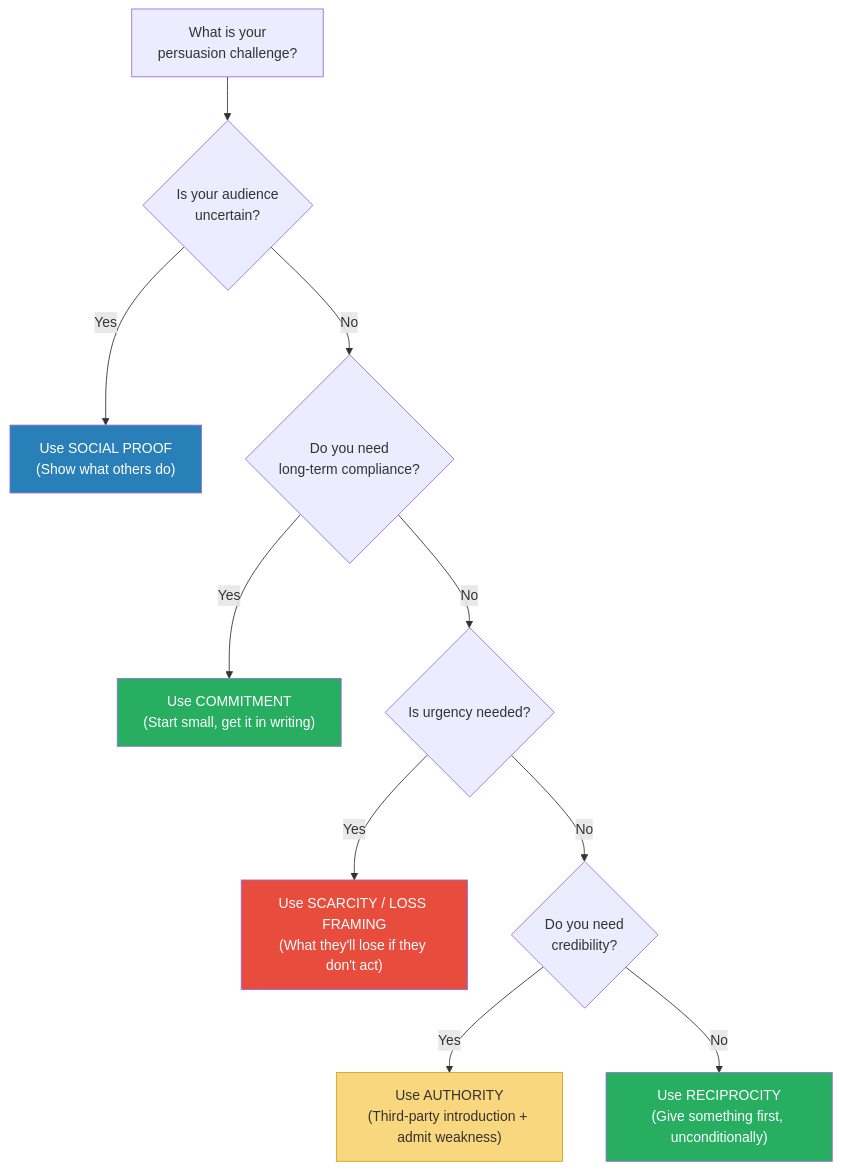
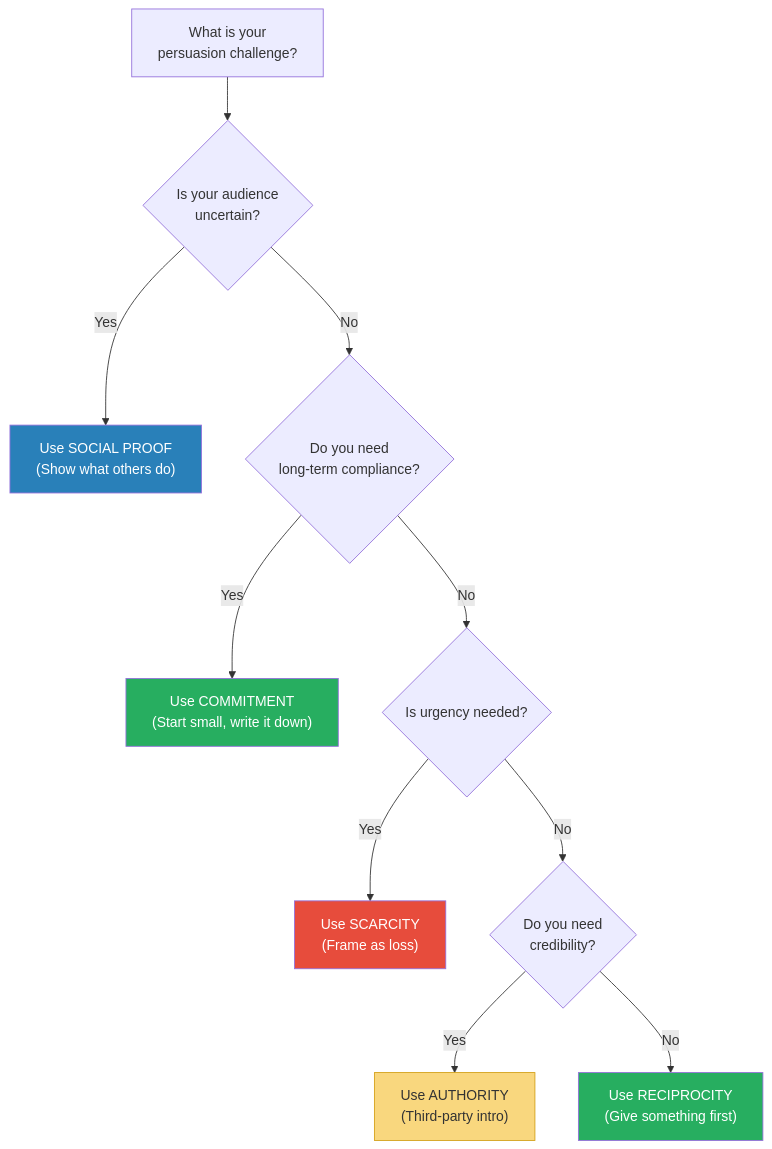
Before and after one commit to alius33/reader: the tenth of 10 diagrams in summaries/Power & Influence/Yes! 50 Scientifically Proven Ways - Goldstein, Martin & Cialdini.md, drawn with Mermaid. The commit also changed other lines of this file and 272 other files, not shown here.

````diff
--- a/summaries/Power & Influence/Yes! 50 Scientifically Proven Ways - Goldstein, Martin & Cialdini.md
+++ b/summaries/Power & Influence/Yes! 50 Scientifically Proven Ways - Goldstein, Martin & Cialdini.md
@@ -753,17 +2316,17 @@
 ```mermaid
 flowchart TD
-    A["What is your\npersuasion challenge?"] --> B{"Is your audience\nuncertain?"}
-    B -->|Yes| C["Use SOCIAL PROOF\n(Show what others do)"]
-    B -->|No| D{"Do you need\nlong-term compliance?"}
-    D -->|Yes| E["Use COMMITMENT\n(Start small, get it in writing)"]
+    A["What is your<br>persuasion challenge?"] --> B{"Is your audience<br>uncertain?"}
+    B -->|Yes| C["Use SOCIAL PROOF<br>(Show what others do)"]
+    B -->|No| D{"Do you need<br>long-term compliance?"}
+    D -->|Yes| E["Use COMMITMENT<br>(Start small, write it down)"]
     D -->|No| F{"Is urgency needed?"}
-    F -->|Yes| G["Use SCARCITY / LOSS FRAMING\n(What they'll lose if they don't act)"]
-    F -->|No| H{"Do you need\ncredibility?"}
-    H -->|Yes| I["Use AUTHORITY\n(Third-party introduction + admit weakness)"]
-    H -->|No| J["Use RECIPROCITY\n(Give something first, unconditionally)"]
+    F -->|Yes| G["Use SCARCITY<br>(Frame as loss)"]
+    F -->|No| H{"Do you need<br>credibility?"}
+    H -->|Yes| I["Use AUTHORITY<br>(Third-party intro)"]
+    H -->|No| J["Use RECIPROCITY<br>(Give something first)"]
     style C fill:#2980b9,color:#fff
     style E fill:#27ae60,color:#fff
     style G fill:#e74c3c,color:#fff
     style I fill:#f9d77e,stroke:#d4a017
     style J fill:#27ae60,color:#fff
 ```
````
